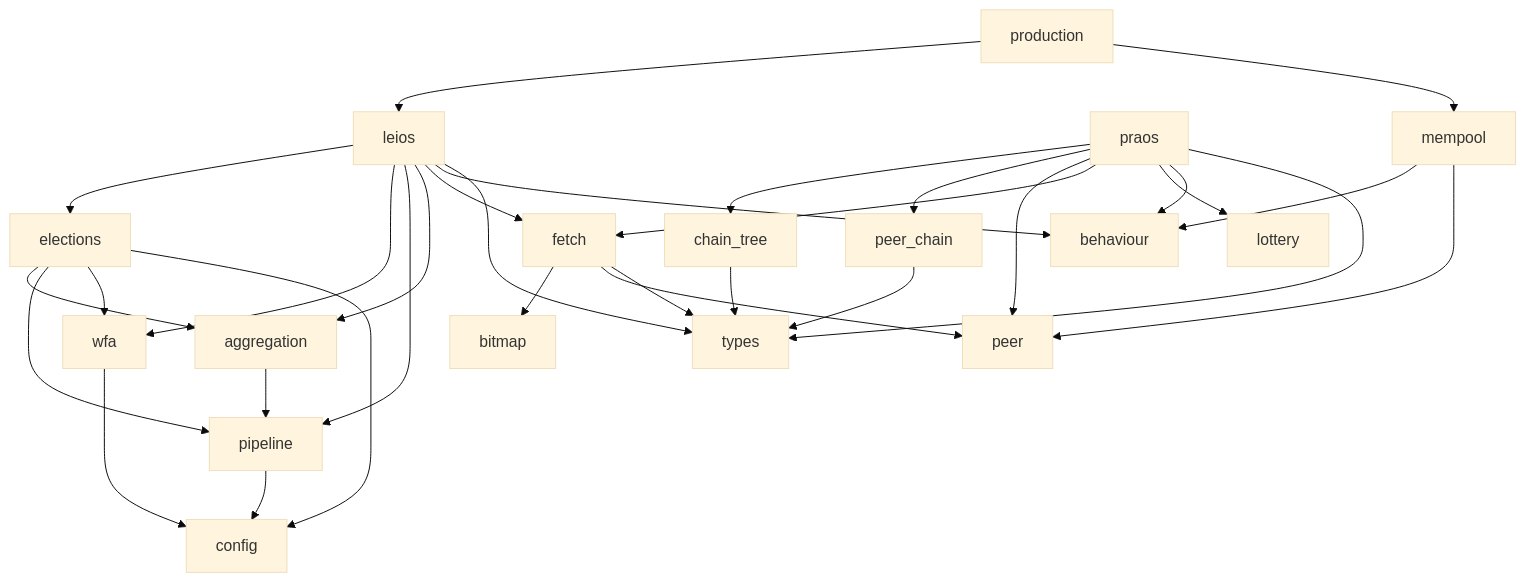
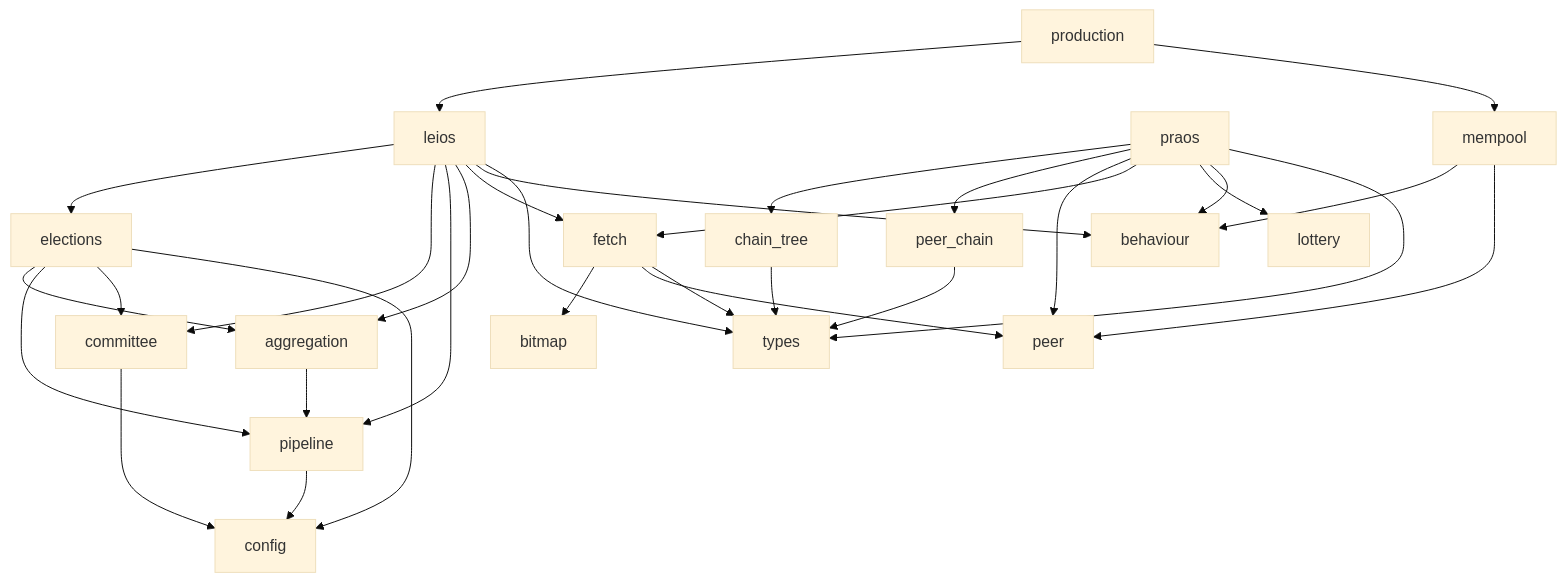
One commit to input-output-hk/ouroboros-leios changed the ninth of 9 diagrams in shared-rs/consensus/README.md. Above: the diagram before and after it, drawn with Mermaid (base theme). The commit also changed other lines of this file and 14 other files, not shown here.

````diff
--- a/shared-rs/consensus/README.md
+++ b/shared-rs/consensus/README.md
@@ -420,33 +420,33 @@
 ```mermaid
 graph TD
     leios --> elections
-    leios --> wfa
+    leios --> committee
     leios --> pipeline
     leios --> aggregation
     leios --> fetch
     leios --> behaviour
     leios --> types
     praos --> chain_tree
     praos --> peer_chain
     praos --> peer
     praos --> fetch
     praos --> lottery
     praos --> behaviour
     praos --> types
     mempool --> behaviour
     mempool --> peer
     production --> leios
     production --> mempool
     elections --> aggregation
     elections --> pipeline
-    elections --> wfa
+    elections --> committee
     elections --> config
     aggregation --> pipeline
     chain_tree --> types
     peer_chain --> types
     pipeline --> config
-    wfa --> config
+    committee --> config
     fetch --> bitmap
     fetch --> peer
     fetch --> types
 ```
````
